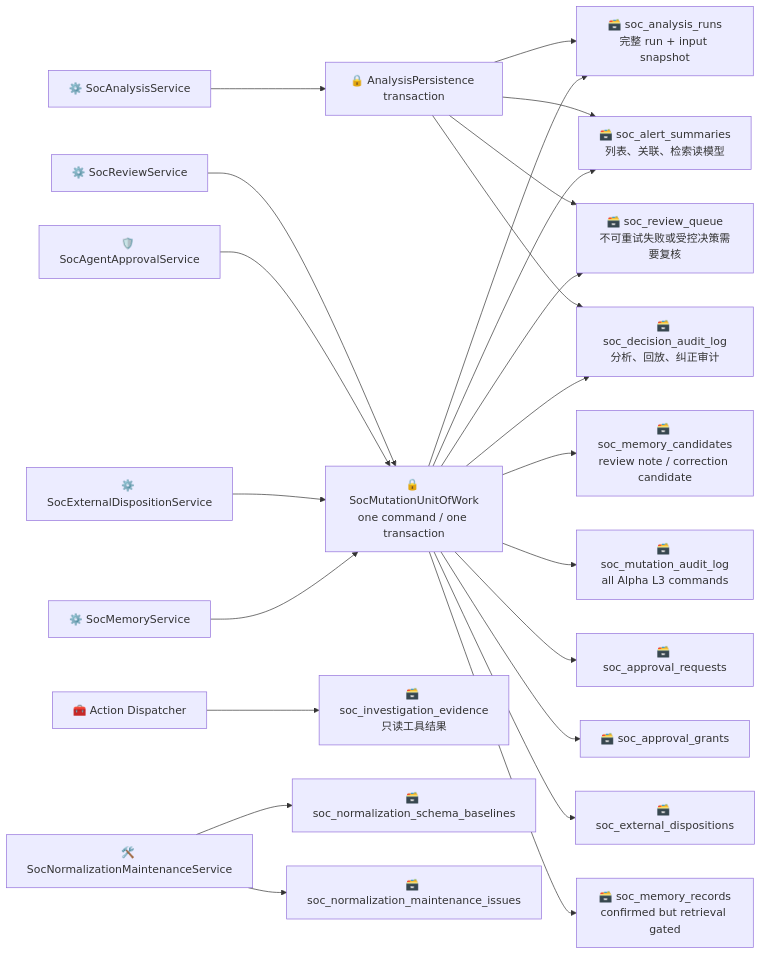
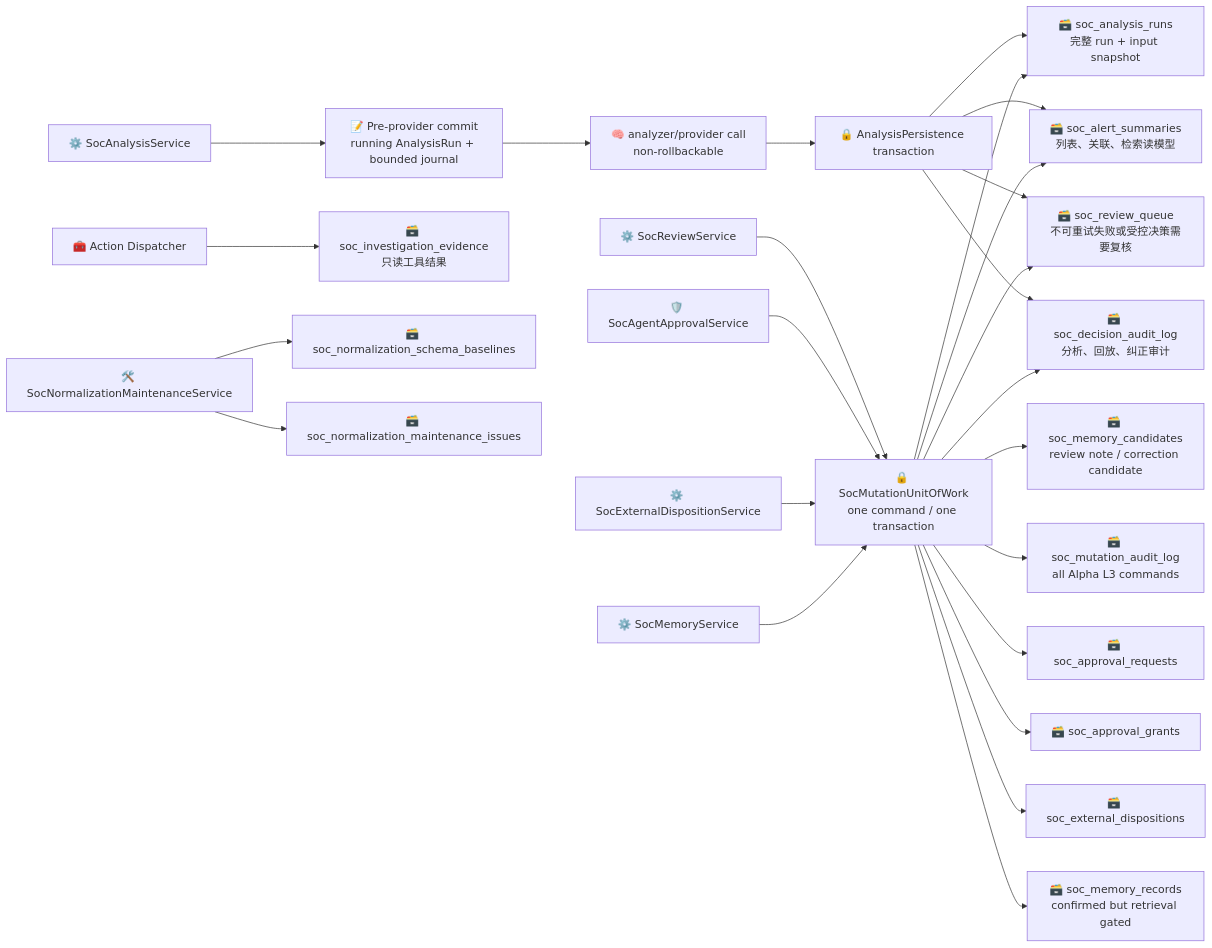
Before and after one commit to yydspanda/deer-flow: the fifth of 20 diagrams in .notes/ai_soc/alert-lifecycle-flow.md, drawn with Mermaid. The commit also changed other lines of this file and 24 other files, not shown here.

Commit message:
feat(soc): journal and recover analysis calls

````diff
--- a/.notes/ai_soc/alert-lifecycle-flow.md
+++ b/.notes/ai_soc/alert-lifecycle-flow.md
@@ -230,27 +237,29 @@
 ```mermaid
 flowchart LR
-    A["⚙️ SocAnalysisService"] --> TX["🔒 AnalysisPersistence transaction"]
+    A["⚙️ SocAnalysisService"] --> PJ["📝 Pre-provider commit<br/>running AnalysisRun + bounded journal"]
+    PJ --> LLM["🧠 analyzer/provider call<br/>non-rollbackable"]
+    LLM --> TX["🔒 AnalysisPersistence transaction"]
     TX --> B["🗃️ soc_analysis_runs<br/>完整 run + input snapshot"]
     TX --> C["🗃️ soc_alert_summaries<br/>列表、关联、检索读模型"]
     TX --> D["🗃️ soc_review_queue<br/>不可重试失败或受控决策需要复核"]
     TX --> E["🗃️ soc_decision_audit_log<br/>分析、回放、纠正审计"]
 
     F["⚙️ SocReviewService"] --> MTX["🔒 SocMutationUnitOfWork<br/>one command / one transaction"]
     MTX --> D
     MTX --> B
     MTX --> C
     MTX --> E
     MTX --> G["🗃️ soc_memory_candidates<br/>review note / correction candidate"]
     MTX --> MA["🗃️ soc_mutation_audit_log<br/>all Alpha L3 commands"]
 
     H["🧰 Action Dispatcher"] --> I["🗃️ soc_investigation_evidence<br/>只读工具结果"]
     J["🛡️ SocAgentApprovalService"] --> MTX
     MTX --> K["🗃️ soc_approval_requests"]
     MTX --> L["🗃️ soc_approval_grants"]
     M["⚙️ SocExternalDispositionService"] --> MTX
     MTX --> N["🗃️ soc_external_dispositions"]
     O["⚙️ SocMemoryService"] --> MTX
     MTX --> P["🗃️ soc_memory_records<br/>confirmed but retrieval gated"]
     Q["🛠️ SocNormalizationMaintenanceService"] --> R["🗃️ soc_normalization_schema_baselines"]
     Q --> S["🗃️ soc_normalization_maintenance_issues"]
 ```
````
